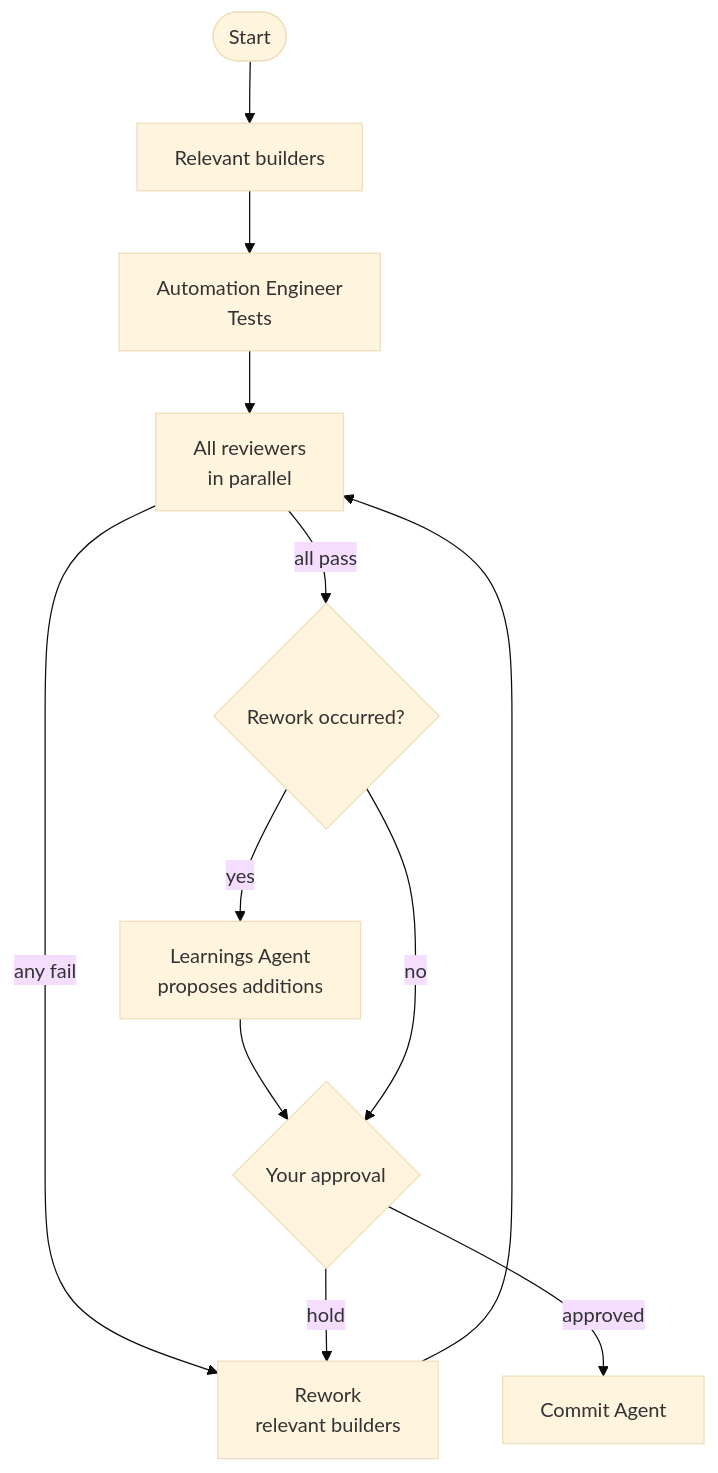
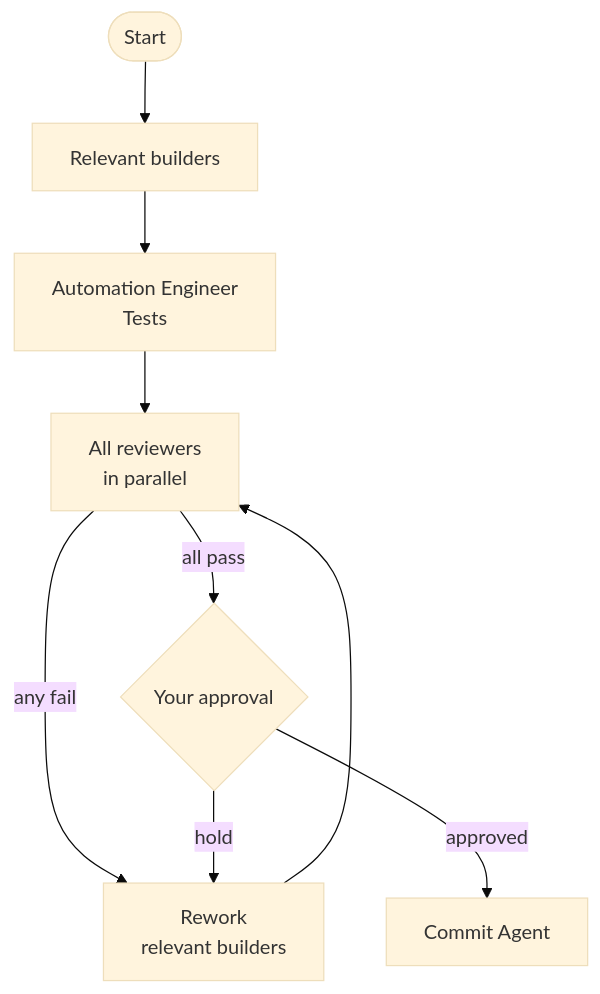
Before and after one commit to rajasekarm/velo: the second of 3 diagrams in WORKFLOW.md, drawn with Mermaid (base theme). The commit also changed other lines of this file and 50 other files, not shown here.

````diff
--- a/WORKFLOW.md
+++ b/WORKFLOW.md
@@ -50,14 +47,11 @@
 ```mermaid
 flowchart TD
     A([Start]) --> BUILD[Relevant builders]
     BUILD --> TEST[Automation Engineer\nTests]
     TEST --> REVIEW[All reviewers\nin parallel]
     REVIEW -->|any fail| REWORK[Rework\nrelevant builders]
     REWORK --> REVIEW
-    REVIEW -->|all pass| LEARN{Rework occurred?}
-    LEARN -->|yes| LA[Learnings Agent\nproposes additions]
-    LA --> A1{Your approval}
-    LEARN -->|no| A1
+    REVIEW -->|all pass| A1{Your approval}
     A1 -->|approved| COMMIT[Commit Agent]
     A1 -->|hold| REWORK
 ```
````
